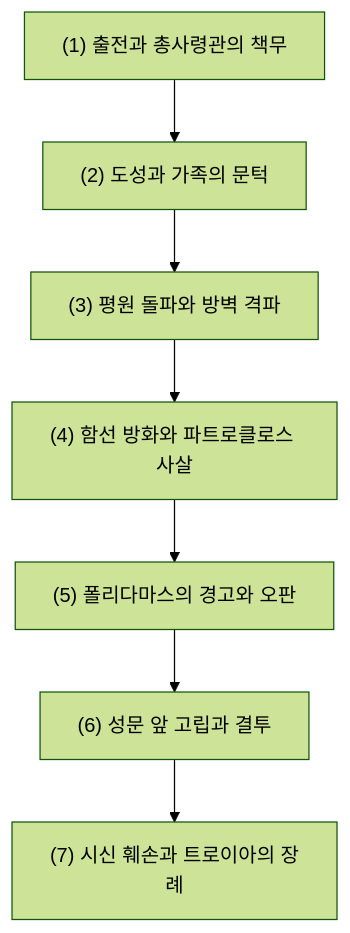
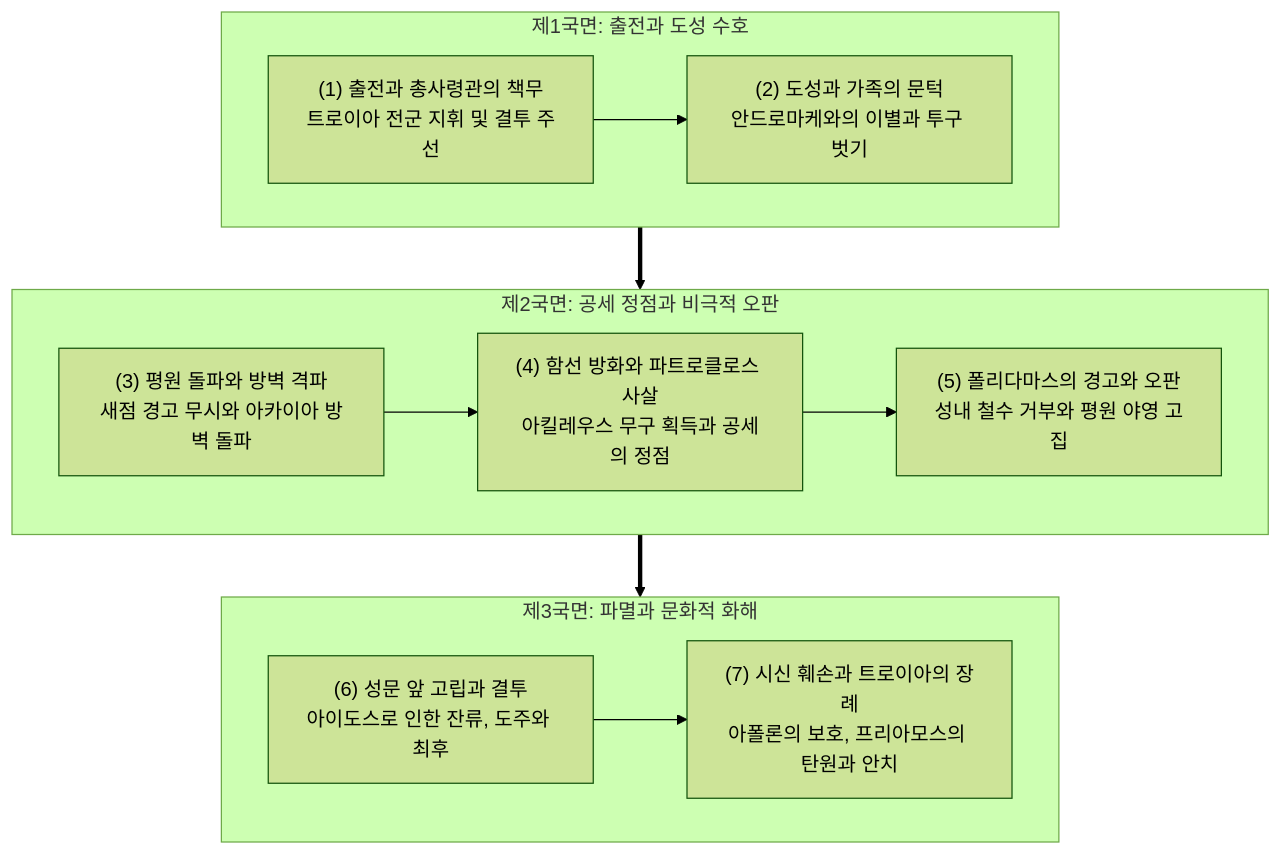
One commit to YgHnSIM/Homer_wiki changed the first of 4 diagrams in wiki/entities/entity-hector.md. Above: the diagram before and after it, drawn with Mermaid (forest theme). The commit also changed 1 other file, not shown here.

Commit message:
refactor(entities): 헥토르 서사 궤적 3단계 국면 수직 적층 다이어그램 구조 개편

````diff
--- a/wiki/entities/entity-hector.md
+++ b/wiki/entities/entity-hector.md
@@ -71,9 +71,19 @@
 ```mermaid
 flowchart TD
-    A["(1) 출전과 총사령관의 책무"] --> B["(2) 도성과 가족의 문턱"]
-    B --> C["(3) 평원 돌파와 방벽 격파"]
-    C --> D["(4) 함선 방화와 파트로클로스 사살"]
-    D --> E["(5) 폴리다마스의 경고와 오판"]
-    E --> F["(6) 성문 앞 고립과 결투"]
-    F --> G["(7) 시신 훼손과 트로이아의 장례"]
+    subgraph P1["제1국면: 출전과 도성 수호"]
+        direction LR
+        A["(1) 출전과 총사령관의 책무<br/>트로이아 전군 지휘 및 결투 주선"] --> B["(2) 도성과 가족의 문턱<br/>안드로마케와의 이별과 투구 벗기"]
+    end
+
+    subgraph P2["제2국면: 공세 정점과 비극적 오판"]
+        direction LR
+        C["(3) 평원 돌파와 방벽 격파<br/>새점 경고 무시와 아카이아 방벽 돌파"] --> D["(4) 함선 방화와 파트로클로스 사살<br/>아킬레우스 무구 획득과 공세의 정점"] --> E["(5) 폴리다마스의 경고와 오판<br/>성내 철수 거부와 평원 야영 고집"]
+    end
+
+    subgraph P3["제3국면: 파멸과 문화적 화해"]
+        direction LR
+        F["(6) 성문 앞 고립과 결투<br/>아이도스로 인한 잔류, 도주와 최후"] --> G["(7) 시신 훼손과 트로이아의 장례<br/>아폴론의 보호, 프리아모스의 탄원과 안치"]
+    end
+
+    P1 ==> P2 ==> P3
 ```
````
